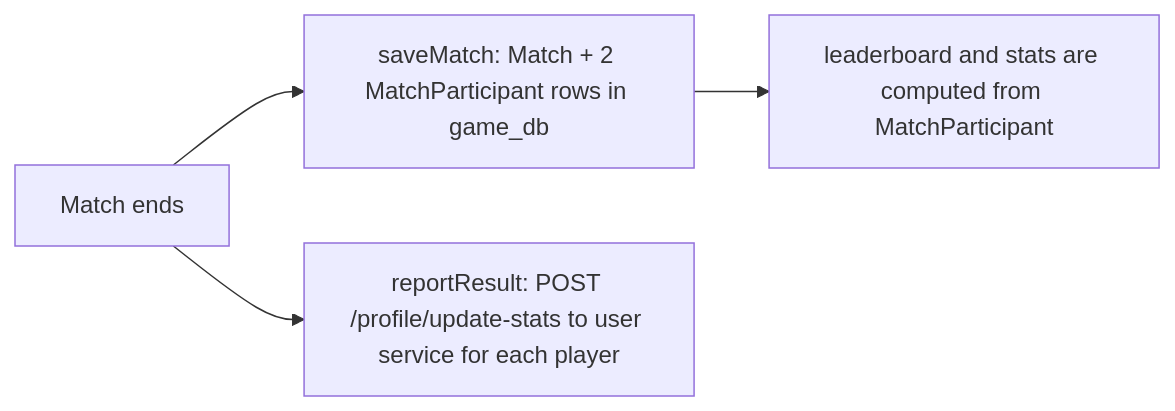
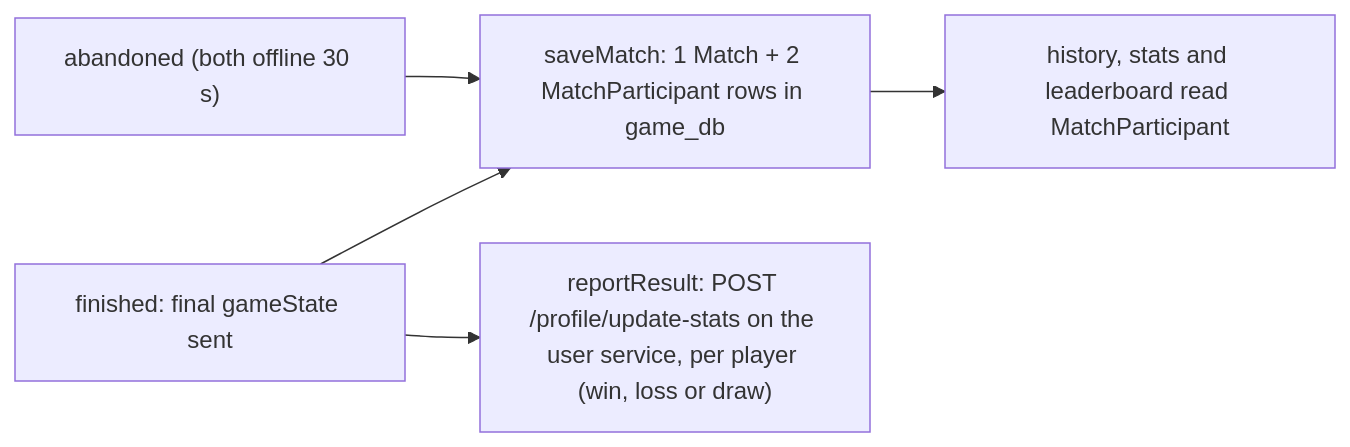
The third of 3 diagrams in docs/architecture/game.md (HanFeg-42/ft_transcendence), drawn with Mermaid before and after one commit. The commit also changed other lines of this file, not shown here.

Commit message:
docs(game): update the game service doc to match the code

````diff
--- a/docs/architecture/game.md
+++ b/docs/architecture/game.md
@@ -88,6 +172,7 @@
 ```mermaid
 flowchart LR
-    E[Match ends] --> S[saveMatch: Match + 2 MatchParticipant rows in game_db]
-    E --> R[reportResult: POST /profile/update-stats to user service for each player]
-    S --> L[leaderboard and stats are computed from MatchParticipant]
+    F["finished: final gameState sent"] --> S["saveMatch: 1 Match + 2 MatchParticipant rows in game_db"]
+    F --> R["reportResult: POST /profile/update-stats on the user service, per player (win, loss or draw)"]
+    A["abandoned (both offline 30 s)"] --> S
+    S --> Q["history, stats and leaderboard read MatchParticipant"]
 ```
````
